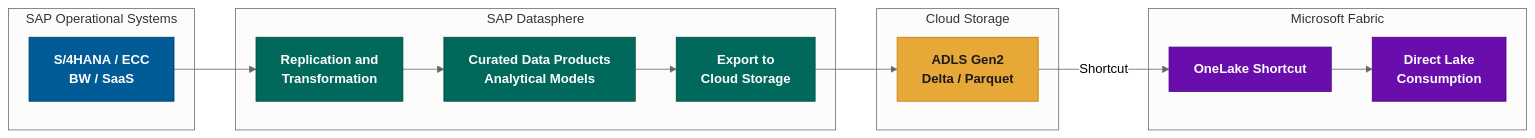
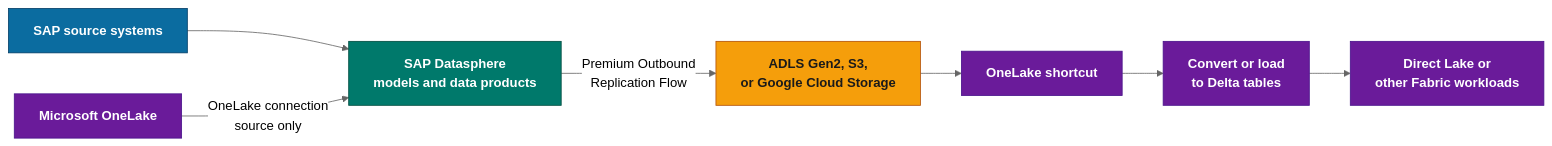
Before and after one commit to fredgis/fabric-foundry-kb: the sixth of 10 diagrams in markdown/SAP_Fabric_Connectivity.md, drawn with Mermaid (neutral theme). The commit also changed other lines of this file and 6 other files, not shown here.

Commit message:
Audit and refresh SAP Fabric connectivity guide

````diff
--- a/markdown/SAP_Fabric_Connectivity.md
+++ b/markdown/SAP_Fabric_Connectivity.md
@@ -435,35 +515,20 @@
 ```mermaid
-graph LR
-    subgraph SAP["SAP Operational Systems"]
-        A[S/4HANA / ECC<br/>BW / SaaS]
-    end
-    subgraph DS["SAP Datasphere"]
-        B[Replication and<br/>Transformation]
-        C[Curated Data Products<br/>Analytical Models]
-        D[Export to<br/>Cloud Storage]
-    end
-    subgraph Storage["Cloud Storage"]
-        E[ADLS Gen2<br/>Delta / Parquet]
-    end
-    subgraph Fabric["Microsoft Fabric"]
-        F[OneLake Shortcut]
-        G[Direct Lake<br/>Consumption]
-    end
+flowchart LR
+    SAP["SAP source systems"] --> DS["SAP Datasphere<br/>models and data products"]
+    DS -->|"Premium Outbound<br/>Replication Flow"| CLOUD["ADLS Gen2, S3,<br/>or Google Cloud Storage"]
+    CLOUD --> SHORTCUT["OneLake shortcut"]
+    SHORTCUT --> PREP["Convert or load<br/>to Delta tables"]
+    PREP --> DL["Direct Lake or<br/>other Fabric workloads"]
 
-    A --> B
-    B --> C
-    C --> D
-    D --> E
-    E -->|Shortcut| F
-    F --> G
+    OL["Microsoft OneLake"] -->|"OneLake connection<br/>source only"| DS
 
-    classDef sapStyle fill:#005B97,stroke:#003D66,color:#ffffff,font-weight:bold
-    classDef dsStyle fill:#00695C,stroke:#004D40,color:#ffffff,font-weight:bold
-    classDef storageStyle fill:#E8A838,stroke:#C07C10,color:#1a1a1a,font-weight:bold
-    classDef fabricStyle fill:#6A0DAD,stroke:#4A0080,color:#ffffff,font-weight:bold
+    classDef sap fill:#0B6CA0,stroke:#003D66,color:#ffffff,font-weight:bold
+    classDef ds fill:#00796B,stroke:#004D40,color:#ffffff,font-weight:bold
+    classDef storage fill:#F59E0B,stroke:#B45309,color:#1a1a1a,font-weight:bold
+    classDef fabric fill:#6A1B9A,stroke:#4A148C,color:#ffffff,font-weight:bold
 
-    class A sapStyle
-    class B,C,D dsStyle
-    class E storageStyle
-    class F,G fabricStyle
+    class SAP sap
+    class DS ds
+    class CLOUD storage
+    class SHORTCUT,PREP,DL,OL fabric
 ```
````
